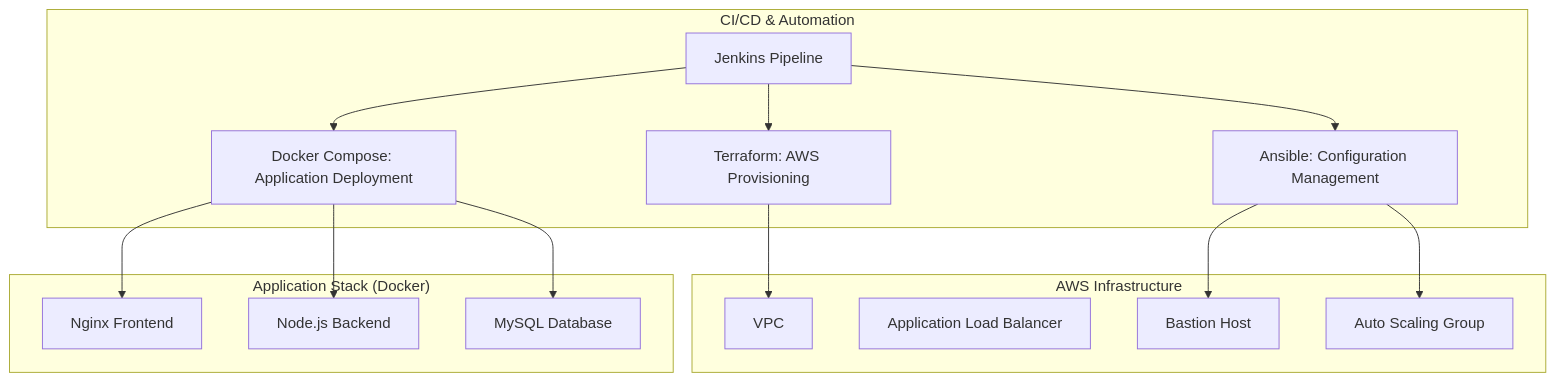
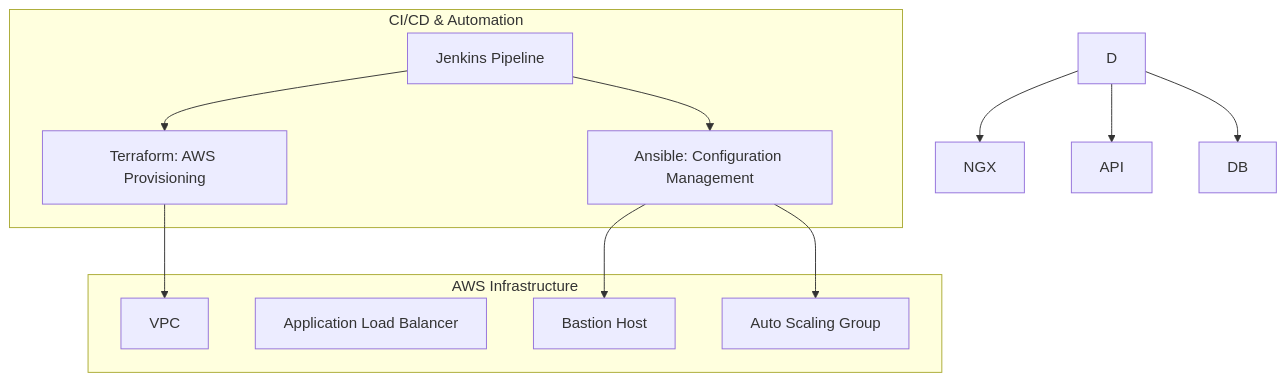
The diagram in README.md (sakshit1441/Mongodb_One_Click), drawn with Mermaid before and after one commit. The commit also changed other lines of this file, not shown here.

````diff
--- a/README.md
+++ b/README.md
@@ -11,28 +11,23 @@
 ```mermaid
 graph TD
     subgraph "CI/CD & Automation"
         J[Jenkins Pipeline] --> T[Terraform: AWS Provisioning]
         J --> A[Ansible: Configuration Management]
-        J --> D[Docker Compose: Application Deployment]
+      
     end
 
     subgraph "AWS Infrastructure"
         VPC[VPC]
         ALB[Application Load Balancer]
         BAS[Bastion Host]
         ASG[Auto Scaling Group]
     end
 
-    subgraph "Application Stack (Docker)"
-        NGX[Nginx Frontend]
-        API[Node.js Backend]
-        DB[MySQL Database]
-    end
 
     T --> VPC
     A --> BAS
     A --> ASG
     D --> NGX
     D --> API
     D --> DB
 ```
````
